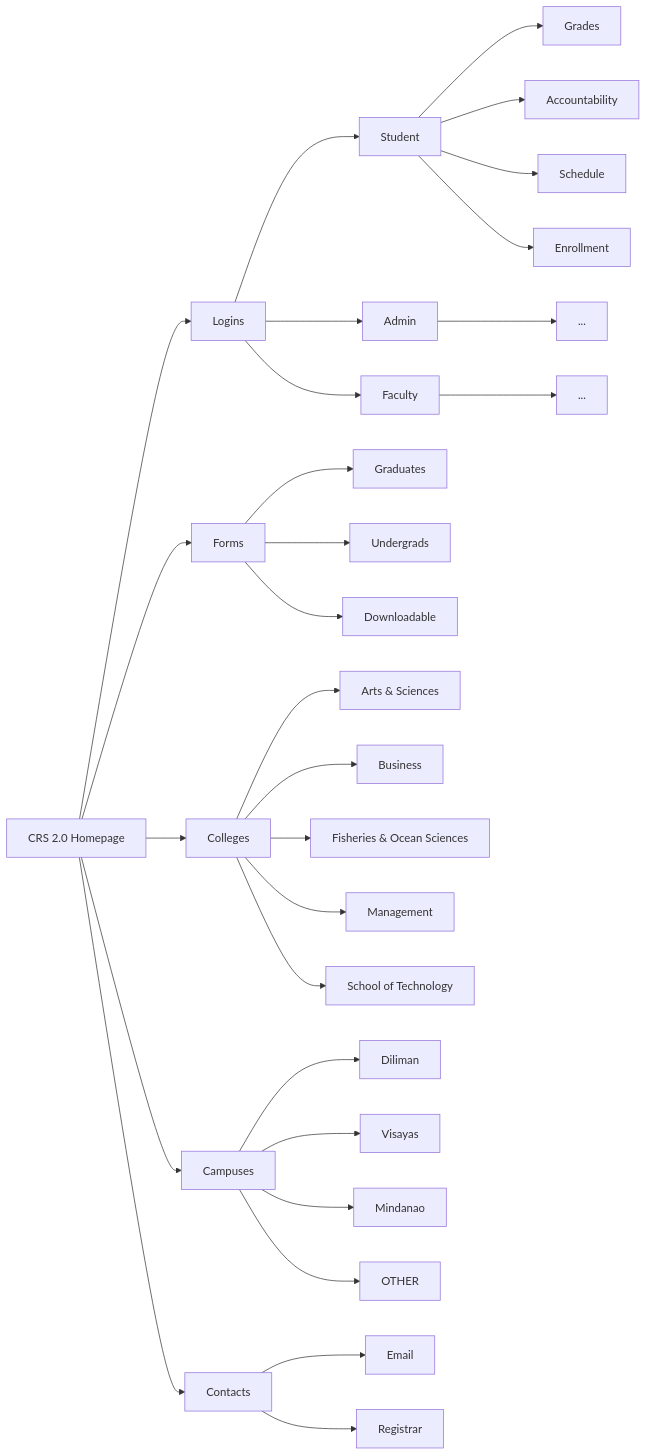
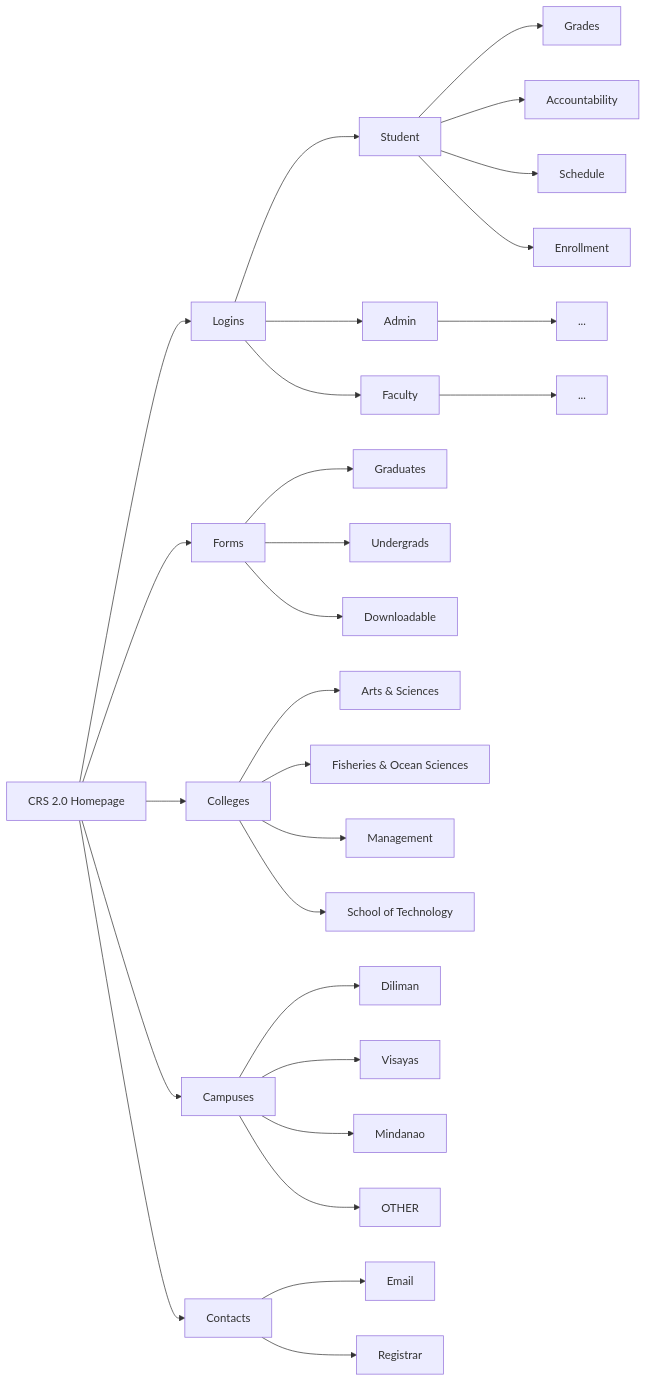
The second of 3 diagrams in README.md (Synthixi/CRS-2.0), drawn with Mermaid before and after one commit. The commit also changed other lines of this file, not shown here.

Commit message:
resized diagrams

````diff
--- a/README.md
+++ b/README.md
@@ -252,40 +257,39 @@
 ```mermaid
 flowchart LR
     Home["CRS 2.0 Homepage"]
     
     Home --> Logins["Logins"]
     Home --> Forms["Forms"]
     Home --> Colleges["Colleges"]
     Home --> Campuses["Campuses"]
     Home --> Contacts["Contacts"]
     
     Logins --> Student["Student"]
     Logins --> Admin["Admin"]
     Logins --> Faculty["Faculty"]
     
     Student --> Grades["Grades"]
     Student --> Accountability["Accountability"]
     Student --> Schedule["Schedule"]
     Student --> Enrollment["Enrollment"]
 
     Admin --> ADashboard["..."]
-    Faculty -->FDashboard["..."]
+    Faculty --> FDashboard["..."]
     
     Forms --> Graduates["Graduates"]
     Forms --> Undergrads["Undergrads"]
     Forms --> Downloadable["Downloadable"]
     
     Colleges --> CAS["Arts & Sciences"]
-    Colleges --> CBA["Business"]
     Colleges --> CFOS["Fisheries & Ocean Sciences"]
     Colleges --> CM["Management"]
     Colleges --> SoTech["School of Technology"]
     
     Campuses --> DILIMAN["Diliman"]
     Campuses --> VISAYAS["Visayas"]
     Campuses --> MINDANAO["Mindanao"]
     Campuses --> ETC["OTHER"]
     
     Contacts --> Email["Email"]
     Contacts --> Registrar["Registrar"]
 ```
````
